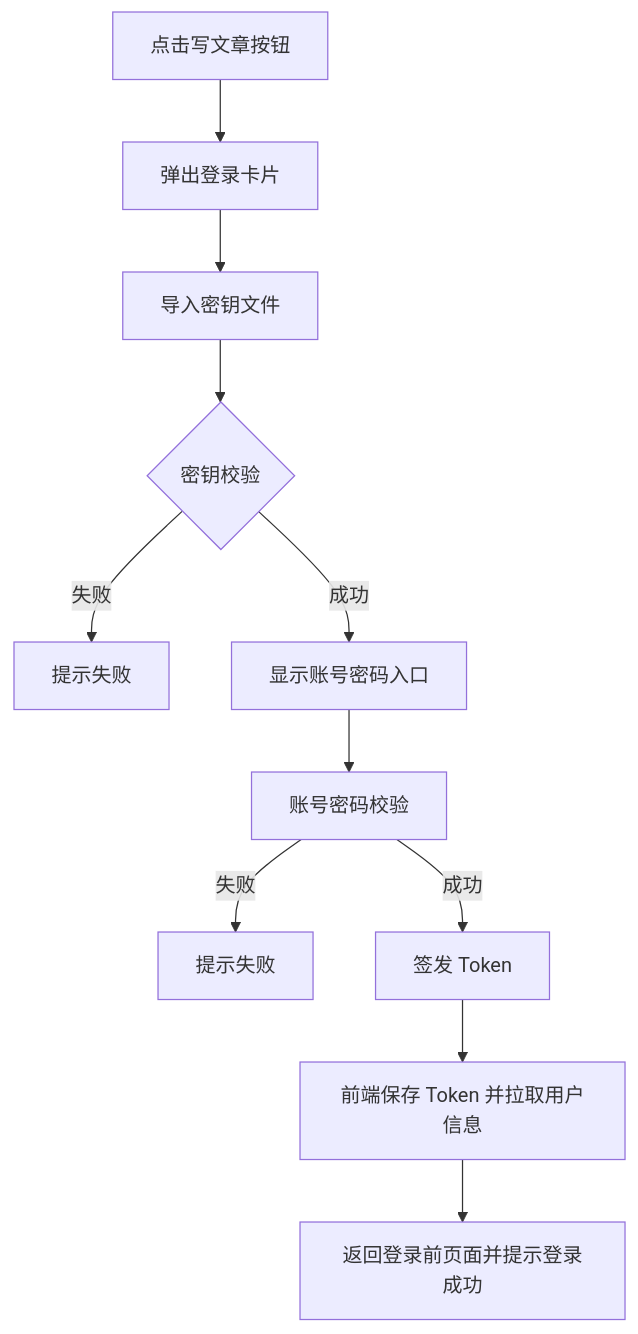
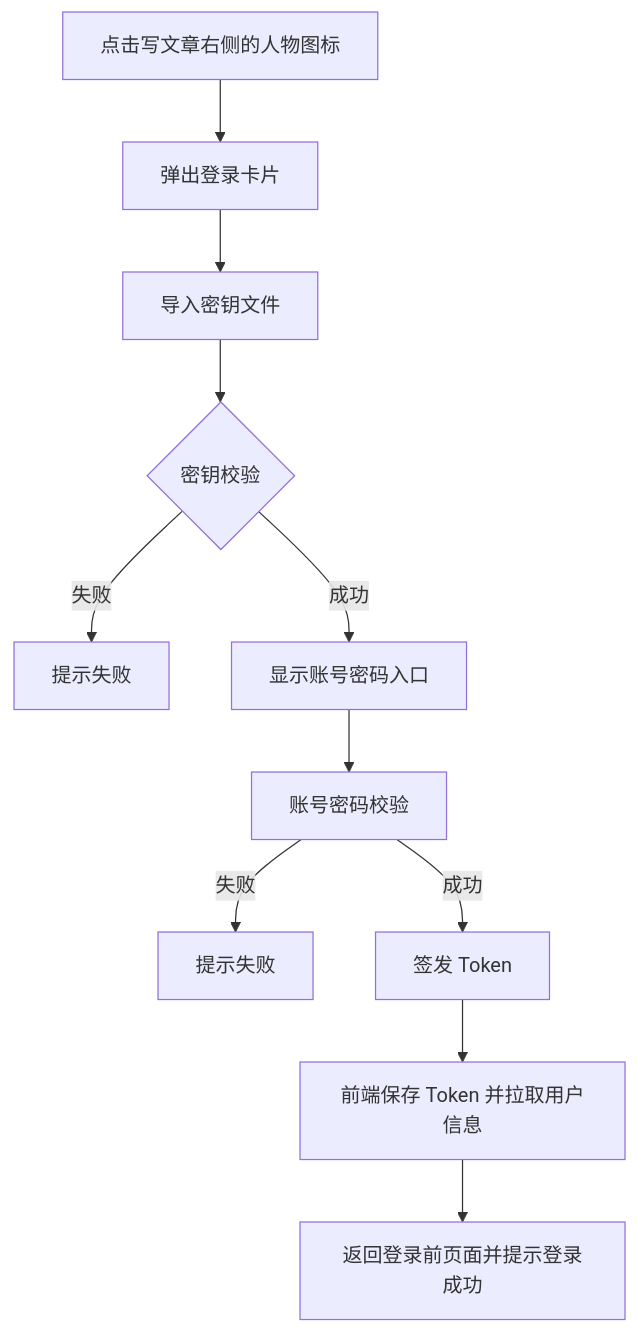
One commit to SakuraShiinaMashiro/PersonalBlog-doc changed the second of 3 diagrams in V3.0/详细设计/用户认证与权限校验.md. Above: the diagram before and after it, drawn with Mermaid. The commit also changed other lines of this file, not shown here.

````diff
--- a/V3.0/详细设计/用户认证与权限校验.md
+++ b/V3.0/详细设计/用户认证与权限校验.md
@@ -419,13 +421,13 @@
 ```mermaid
 flowchart TD
-    A[点击写文章按钮] --> B[弹出登录卡片]
+    A[点击写文章右侧的人物图标] --> B[弹出登录卡片]
     B --> C[导入密钥文件]
     C --> D{密钥校验}
     D -->|失败| E[提示失败]
     D -->|成功| F[显示账号密码入口]
     F --> G[账号密码校验]
     G -->|失败| H[提示失败]
     G -->|成功| I[签发 Token]
     I --> J[前端保存 Token 并拉取用户信息]
     J --> K[返回登录前页面并提示登录成功]
 ```
````
